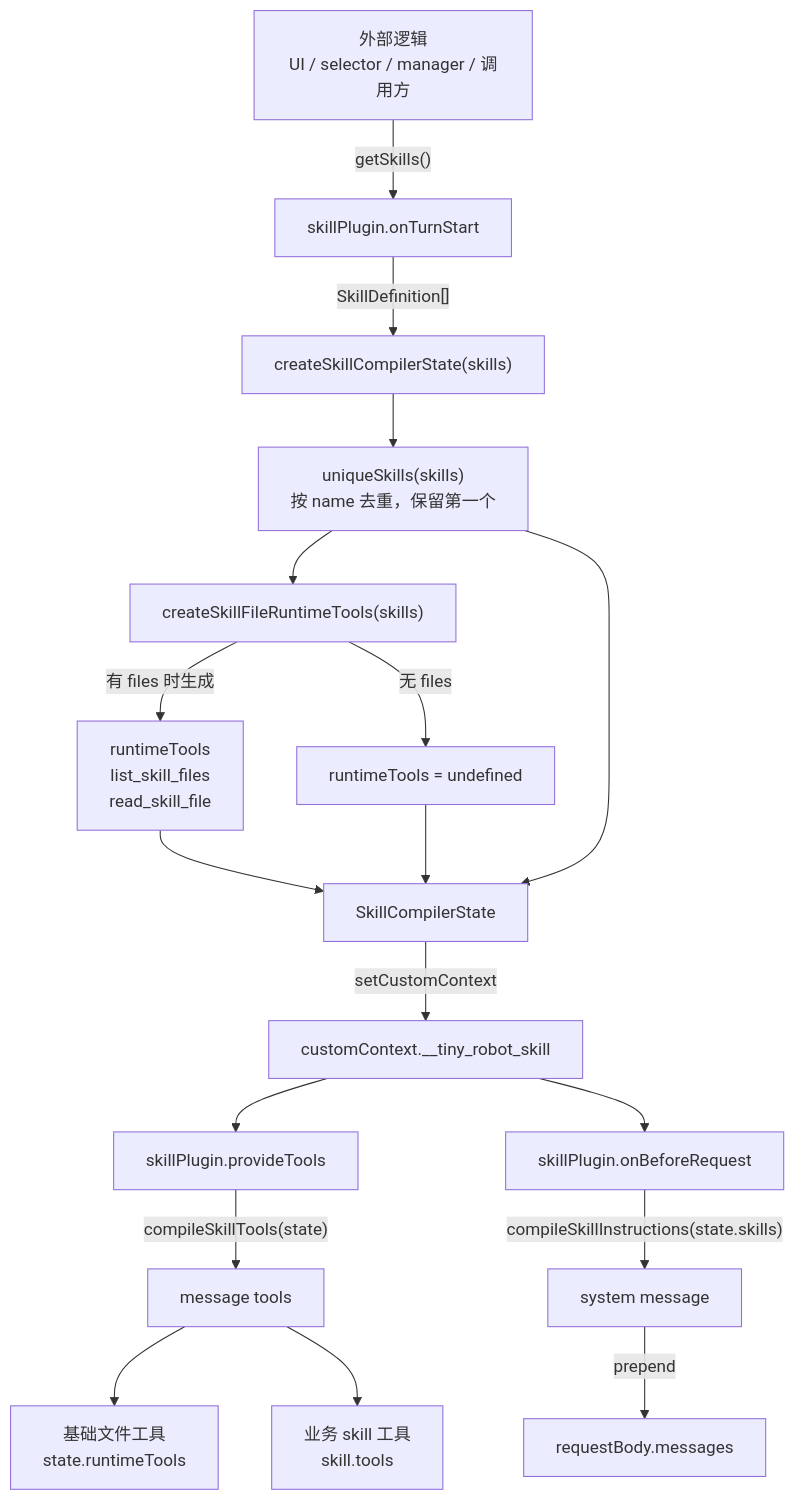
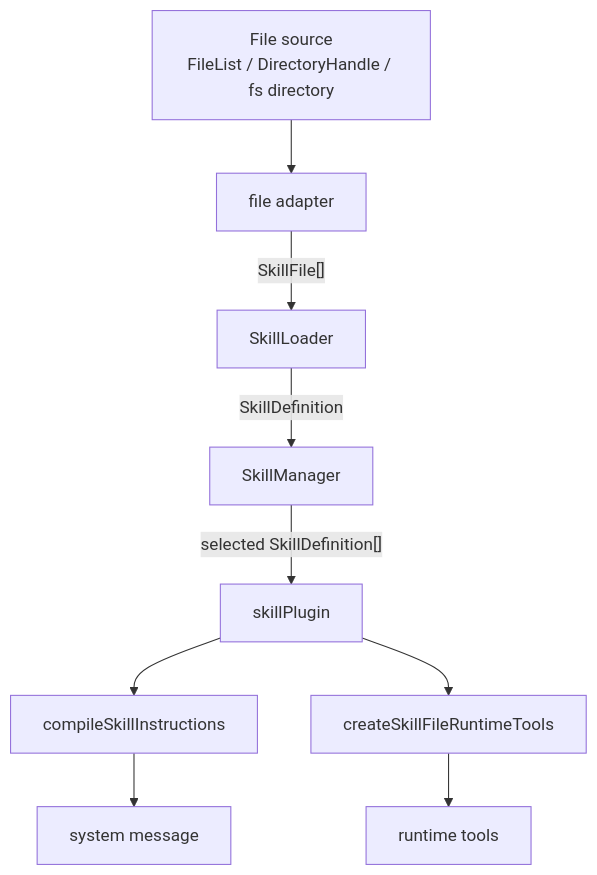
One commit to opentiny/tiny-robot changed the first of 2 diagrams in packages/kit/src/skills/README.md. Above: the diagram before and after it, drawn with Mermaid. The commit also changed other lines of this file and 23 other files, not shown here.

First line of the commit message:
feat: enhance skill plugin architecture and add node support

````diff
--- a/packages/kit/src/skills/README.md
+++ b/packages/kit/src/skills/README.md
@@ -17,20 +147,11 @@
 ```mermaid
 flowchart TD
-  A["外部逻辑<br/>UI / selector / manager / 调用方"] -->|"getSkills()"| B["skillPlugin.onTurnStart"]
-  B -->|"SkillDefinition[]"| C["createSkillCompilerState(skills)"]
-  C --> D["uniqueSkills(skills)<br/>按 name 去重，保留第一个"]
-  D --> E["createSkillFileRuntimeTools(skills)"]
-  E -->|"有 files 时生成"| F["runtimeTools<br/>list_skill_files<br/>read_skill_file"]
-  E -->|"无 files"| G["runtimeTools = undefined"]
-  F --> H["SkillCompilerState"]
-  G --> H
-  D --> H
-  H -->|"setCustomContext"| I["customContext.__tiny_robot_skill"]
-  I --> J["skillPlugin.provideTools"]
-  I --> K["skillPlugin.onBeforeRequest"]
-  J -->|"compileSkillTools(state)"| L["message tools"]
-  L --> L1["基础文件工具<br/>state.runtimeTools"]
-  L --> L2["业务 skill 工具<br/>skill.tools"]
-  K -->|"compileSkillInstructions(state.skills)"| M["system message"]
-  M -->|"prepend"| N["requestBody.messages"]
+  A["File source<br/>FileList / DirectoryHandle / fs directory"] --> B["file adapter"]
+  B -->|"SkillFile[]"| C["SkillLoader"]
+  C -->|"SkillDefinition"| D["SkillManager"]
+  D -->|"selected SkillDefinition[]"| E["skillPlugin"]
+  E --> F["compileSkillInstructions"]
+  E --> G["createSkillFileRuntimeTools"]
+  F --> H["system message"]
+  G --> I["runtime tools"]
 ```
````
